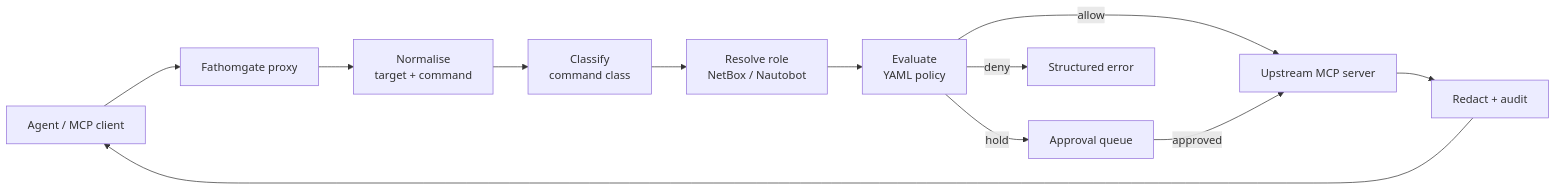
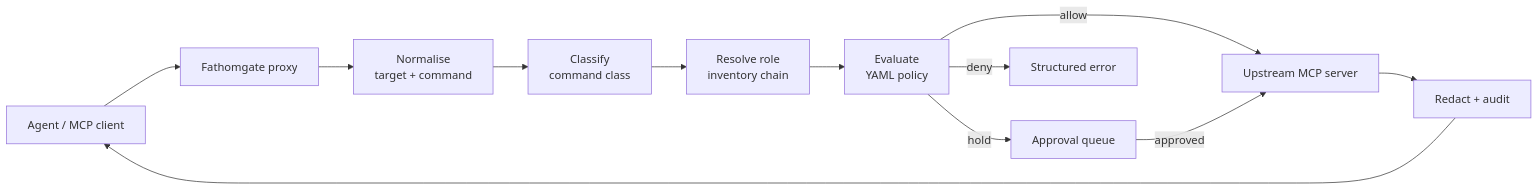
Before and after one commit to fathomgate/fathomgate: the first of 2 diagrams in docs/PLAN.md, drawn with Mermaid. The commit also changed other lines of this file and 15 other files, not shown here.

````diff
--- a/docs/PLAN.md
+++ b/docs/PLAN.md
@@ -79,13 +79,13 @@
 ```mermaid
 flowchart LR
   A[Agent / MCP client] --> P[Fathomgate proxy]
   P --> N[Normalise<br/>target + command]
   N --> C[Classify<br/>command class]
-  C --> R[Resolve role<br/>NetBox / Nautobot]
+  C --> R[Resolve role<br/>inventory chain]
   R --> E[Evaluate<br/>YAML policy]
   E -->|allow| U[Upstream MCP server]
   E -->|hold| H[Approval queue]
   E -->|deny| D[Structured error]
   H -->|approved| U
   U --> X[Redact + audit] --> A
 ```
````
